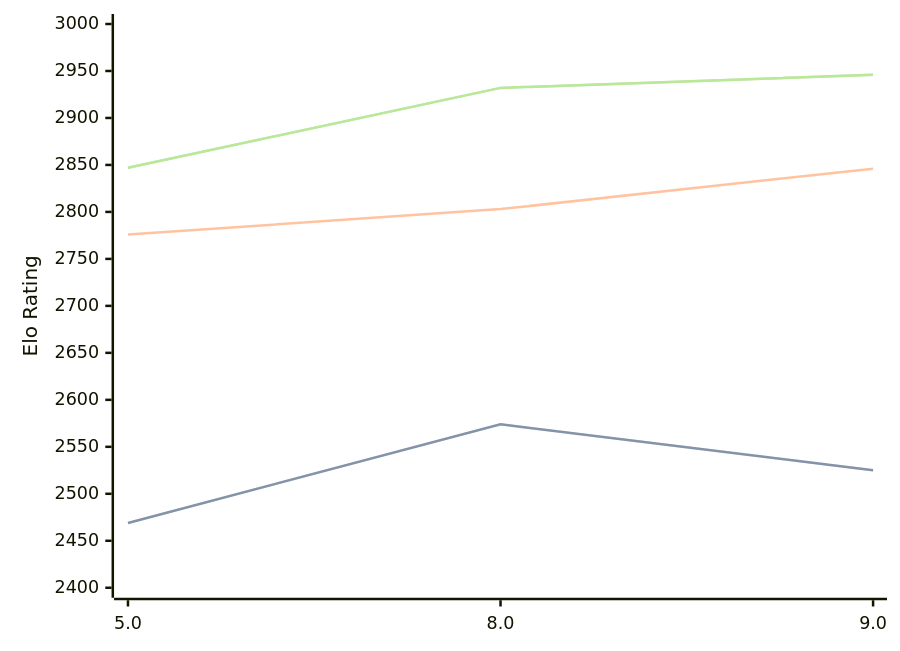
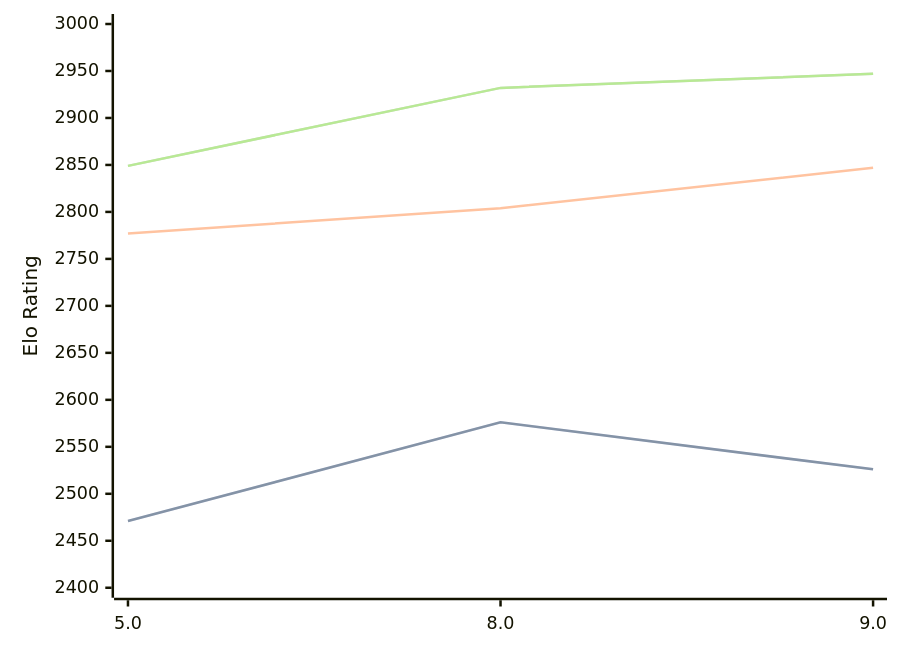
One commit to computer-chess-index/cci changed the diagram in engines/4kc.md. Above: the diagram before and after it, drawn with Mermaid. The commit also changed other lines of this file, not shown here.

Commit message:
Update CCI Ratings (ELO VLTC) - 2026-08-15

````diff
--- a/engines/4kc.md
+++ b/engines/4kc.md
@@ -33,11 +33,11 @@
 ```mermaid
 %%{init: {"theme":"base","themeVariables":{"seriesColors:['#a3a3a3','#222221','#faa371']}}}%%
 xychart-beta
   x-axis ["5.0", "8.0", "9.0"]
   y-axis "Elo Rating" 2400 --> 3000
-  line "STC (8.0+0.08s)" [2469, 2574, 2525]
-  line "STC (8.0+0.08s)" [2469, 2574, 2525]
-  line "LTC (60.0+0.60s)" [2776, 2803, 2846]
-  line "VLTC (2m24s+1.12s)" [2847, 2932, 2946]
-  line "VLTC (2m24s+1.12s)" [2847, 2932, 2946]
+  line "STC (8.0+0.08s)" [2471, 2576, 2526]
+  line "STC (8.0+0.08s)" [2471, 2576, 2526]
+  line "LTC (60.0+0.60s)" [2777, 2804, 2847]
+  line "VLTC (2m24s+1.12s)" [2849, 2932, 2947]
+  line "VLTC (2m24s+1.12s)" [2849, 2932, 2947]
 ```
````
